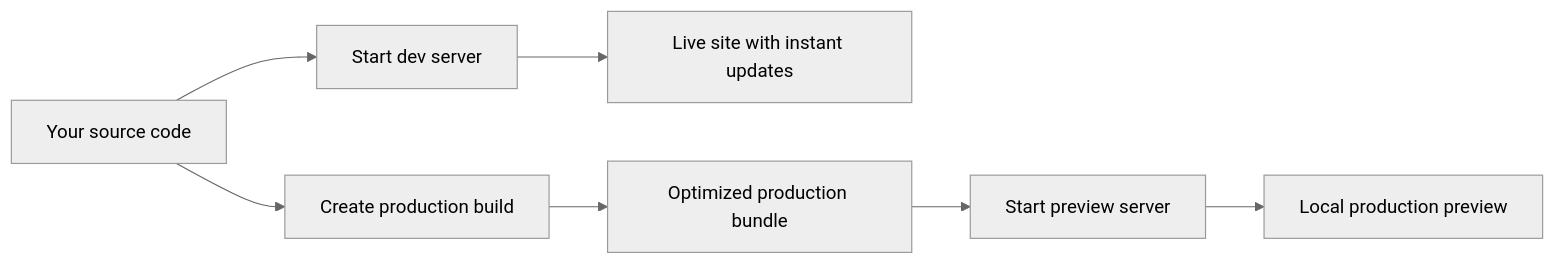
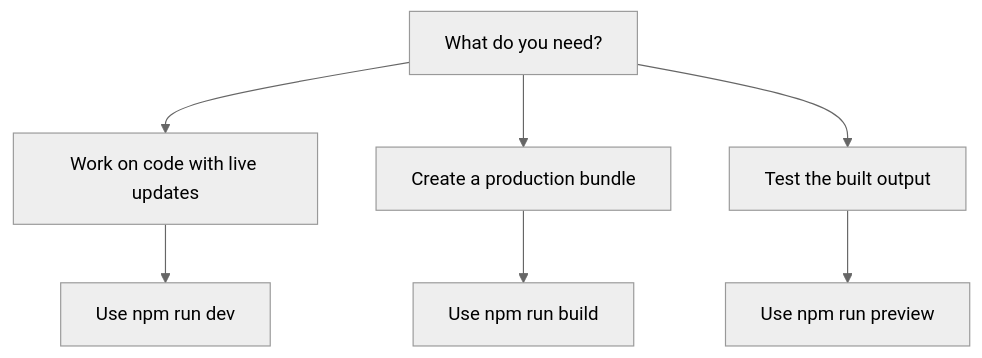
The first of 2 diagrams in api2-documentation/plan_2026-11-02_f8890e/user-facing-docs/site-building-bundling.md (Mohita111/API2), drawn with Mermaid (neutral theme) before and after one commit. The commit also changed other lines of this file and 12 other files, not shown here.

````diff
--- a/api2-documentation/plan_2026-11-02_f8890e/user-facing-docs/site-building-bundling.md
+++ b/api2-documentation/plan_2026-11-02_f8890e/user-facing-docs/site-building-bundling.md
@@ -19,9 +22,9 @@
 ```mermaid
-graph LR
-  A[Your source code] --> B[Start dev server]
-  A --> C[Create production build]
-  B --> D[Live site with instant updates]
-  C --> E[Optimized production bundle]
-  E --> F[Start preview server]
-  F --> G[Local production preview]
+graph TD
+    A["What do you need?"] --> B["Work on code with live updates"]
+    A --> C["Create a production bundle"]
+    A --> D["Test the built output"]
+    B --> E["Use npm run dev"]
+    C --> F["Use npm run build"]
+    D --> G["Use npm run preview"]
 ```
````
